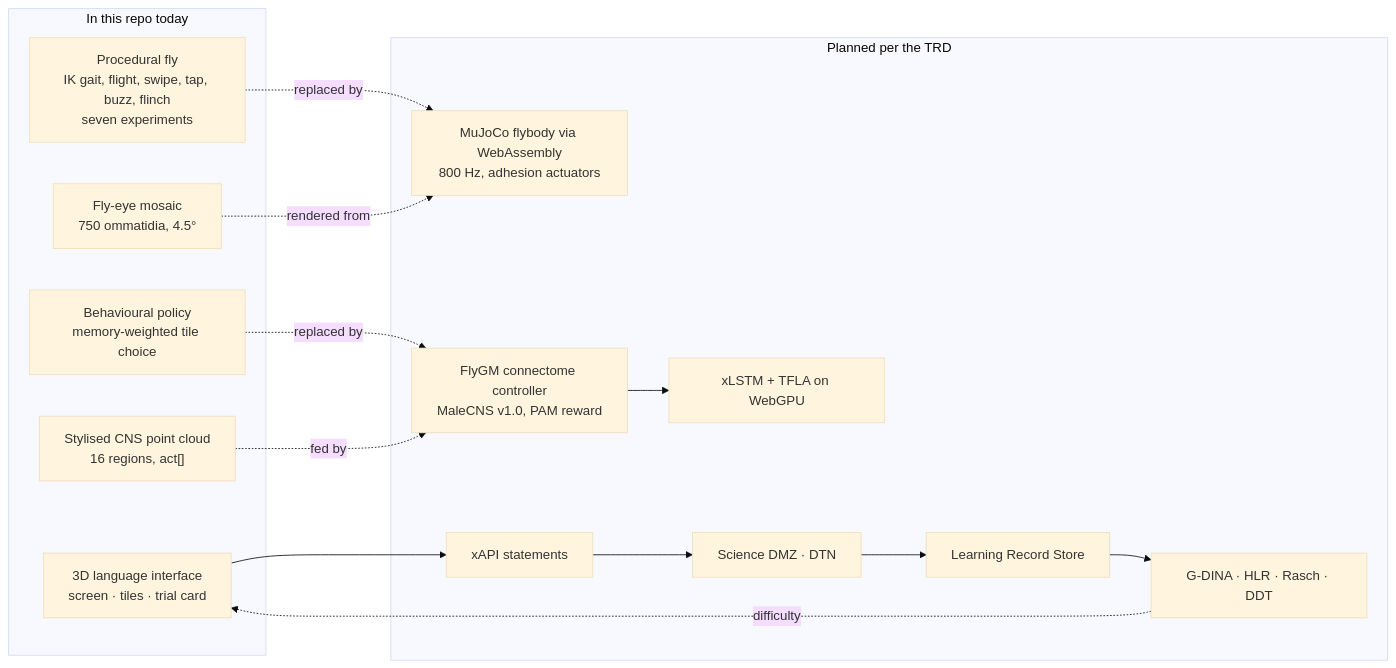
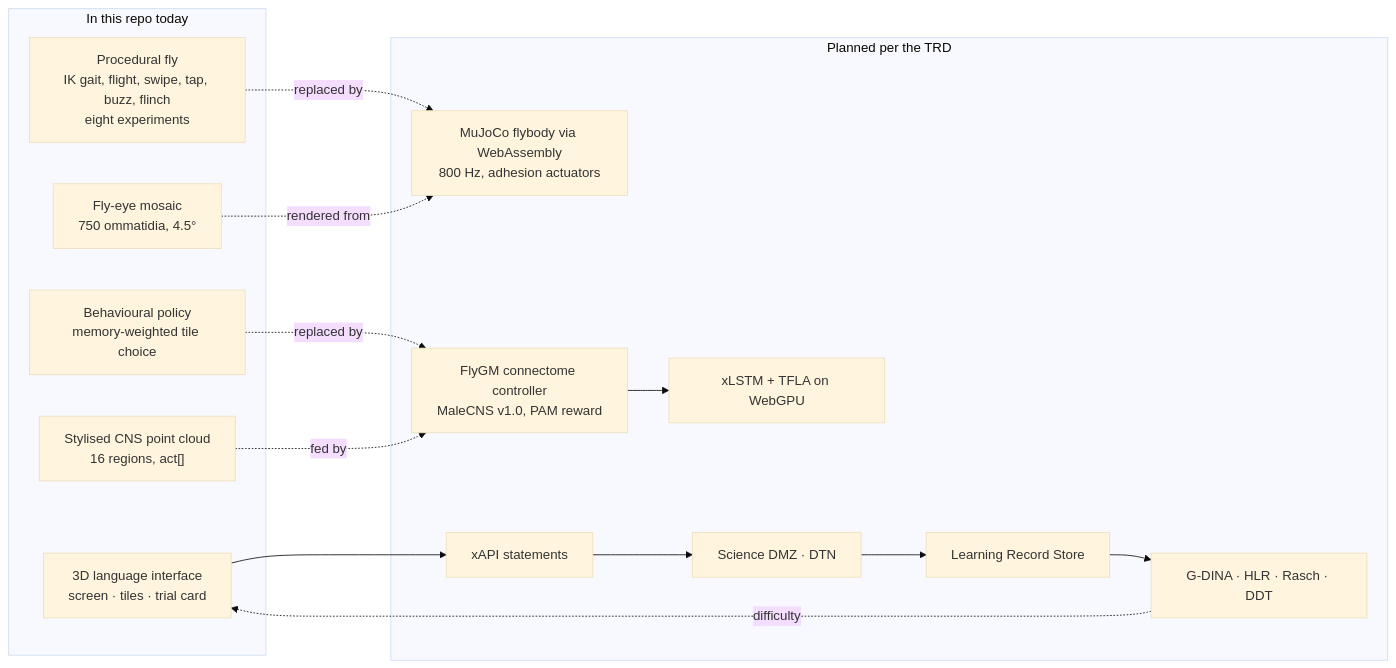
One commit to jayrosen-design/fly-lingo changed the fourth of 4 diagrams in README.md. Above: the diagram before and after it, drawn with Mermaid (base theme). The commit also changed other lines of this file and 5 other files, not shown here.

````diff
--- a/README.md
+++ b/README.md
@@ -386,26 +408,26 @@
 ```mermaid
 flowchart LR
   subgraph Now["In this repo today"]
     UI["3D language interface<br/>screen · tiles · trial card"]
-    FlyP["Procedural fly<br/>IK gait, flight, swipe, tap, buzz, flinch<br/>seven experiments"]
+    FlyP["Procedural fly<br/>IK gait, flight, swipe, tap, buzz, flinch<br/>eight experiments"]
     Policy["Behavioural policy<br/>memory-weighted tile choice"]
     BrainViz["Stylised CNS point cloud<br/>16 regions, act[]"]
     Eye["Fly-eye mosaic<br/>750 ommatidia, 4.5°"]
   end
   subgraph Planned["Planned per the TRD"]
     MuJoCo["MuJoCo flybody via WebAssembly<br/>800 Hz, adhesion actuators"]
     FlyGM["FlyGM connectome controller<br/>MaleCNS v1.0, PAM reward"]
     xLSTM["xLSTM + TFLA on WebGPU"]
     xAPI["xAPI statements"]
     DMZ["Science DMZ · DTN"]
     LRS["Learning Record Store"]
     Eval["G-DINA · HLR · Rasch · DDT"]
   end
   Policy -. replaced by .-> FlyGM
   FlyP -. replaced by .-> MuJoCo
   BrainViz -. fed by .-> FlyGM
   Eye -. rendered from .-> MuJoCo
   UI --> xAPI --> DMZ --> LRS --> Eval
   Eval -. difficulty .-> UI
   FlyGM --> xLSTM
 ```
````
